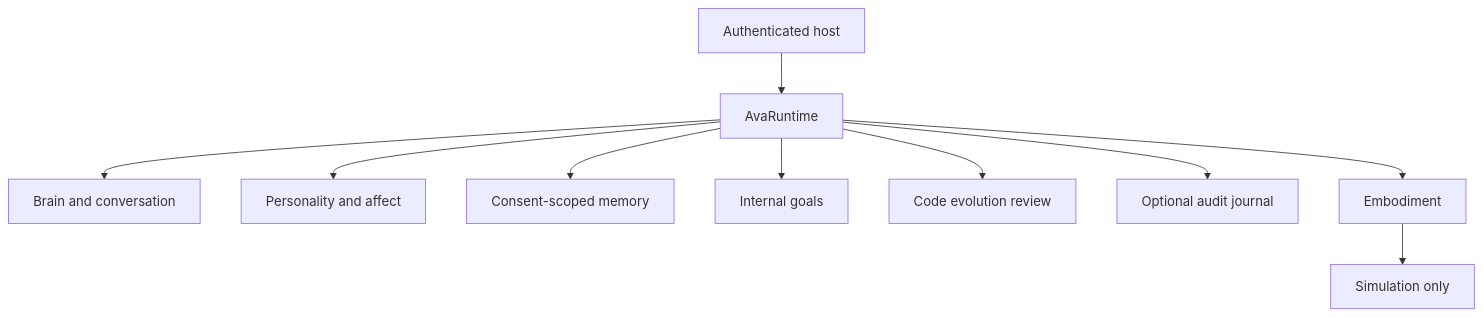
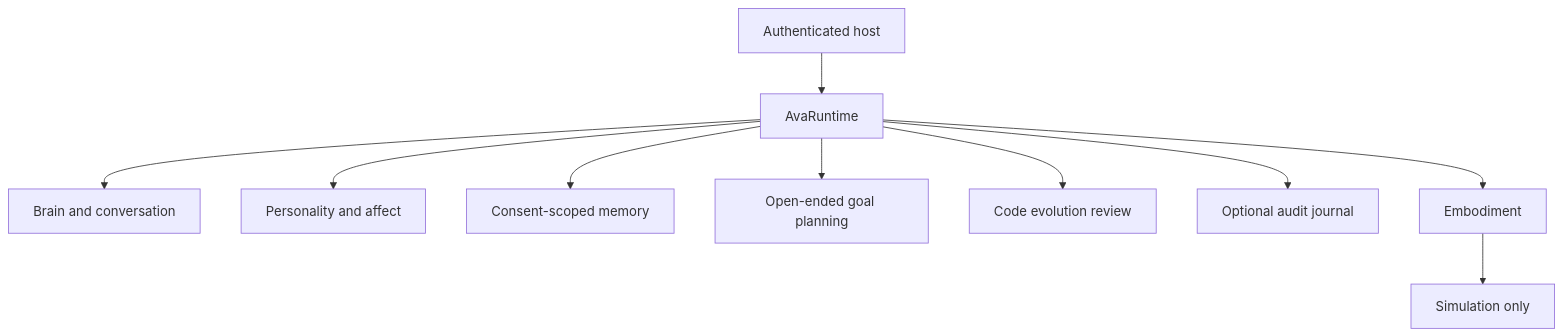
Before and after one commit to mojtabarozegar11-ship-it/Saeit: the diagram in ava_core/ARCHITECTURE.md, drawn with Mermaid. The commit also changed other lines of this file, not shown here.

Commit message:
feat(ava): open-ended planning and configurable multi-project code proposals

````diff
--- a/ava_core/ARCHITECTURE.md
+++ b/ava_core/ARCHITECTURE.md
@@ -10,12 +10,12 @@
 ```mermaid
 flowchart TD
   U["Authenticated host"] --> R["AvaRuntime"]
   R --> C["Brain and conversation"]
   R --> A["Personality and affect"]
   R --> M["Consent-scoped memory"]
-  R --> G["Internal goals"]
+  R --> G["Open-ended goal planning"]
   R --> V["Code evolution review"]
   R --> J["Optional audit journal"]
   R --> E["Embodiment"]
   E --> S["Simulation only"]
 ```
````
